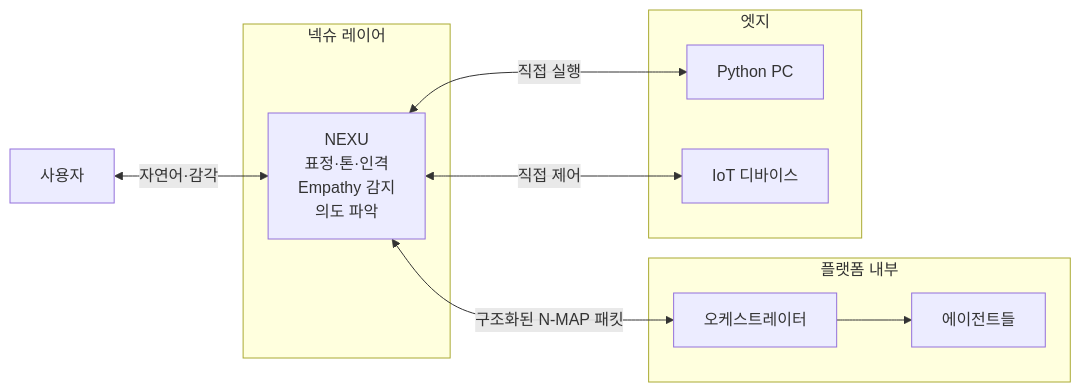
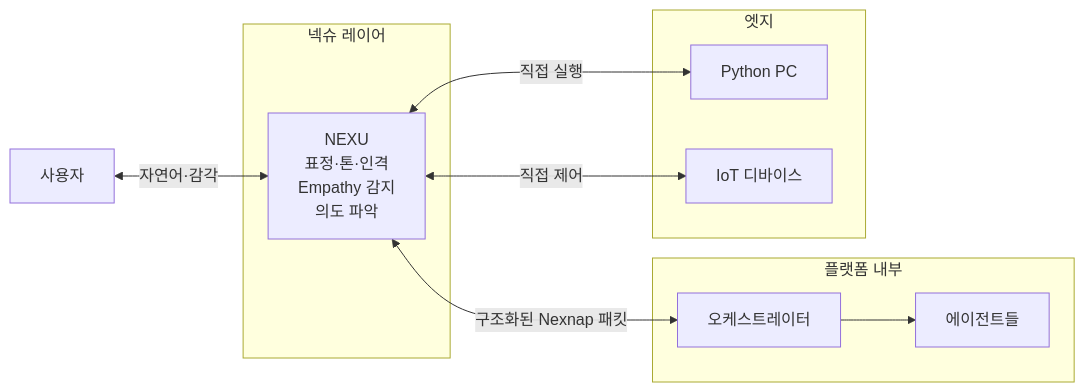
The third of 3 diagrams in NEXA-Platform/docs/SYS ARCH NEXA 핵심 인프라.md (U2SOUTION/NEXA), drawn with Mermaid before and after one commit. The commit also changed other lines of this file and 76 other files, not shown here.

````diff
--- a/NEXA-Platform/docs/SYS ARCH NEXA 핵심 인프라.md
+++ b/NEXA-Platform/docs/SYS ARCH NEXA 핵심 인프라.md
@@ -207,24 +207,24 @@
 ```mermaid
 flowchart LR
     user["사용자"]
 
     subgraph nexu_layer ["넥슈 레이어"]
         nexu["NEXU\n표정·톤·인격\nEmpathy 감지\n의도 파악"]
     end
 
     subgraph backend ["플랫폼 내부"]
         orch["오케스트레이터"]
         agents["에이전트들"]
     end
 
     subgraph edge ["엣지"]
         pc["Python PC"]
         iot["IoT 디바이스"]
     end
 
     user <-->|"자연어·감각"| nexu
-    nexu <-->|"구조화된 N-MAP 패킷"| orch
+    nexu <-->|"구조화된 Nexnap 패킷"| orch
     nexu <-->|"직접 실행"| pc
     nexu <-->|"직접 제어"| iot
     orch --> agents
 ```
````
